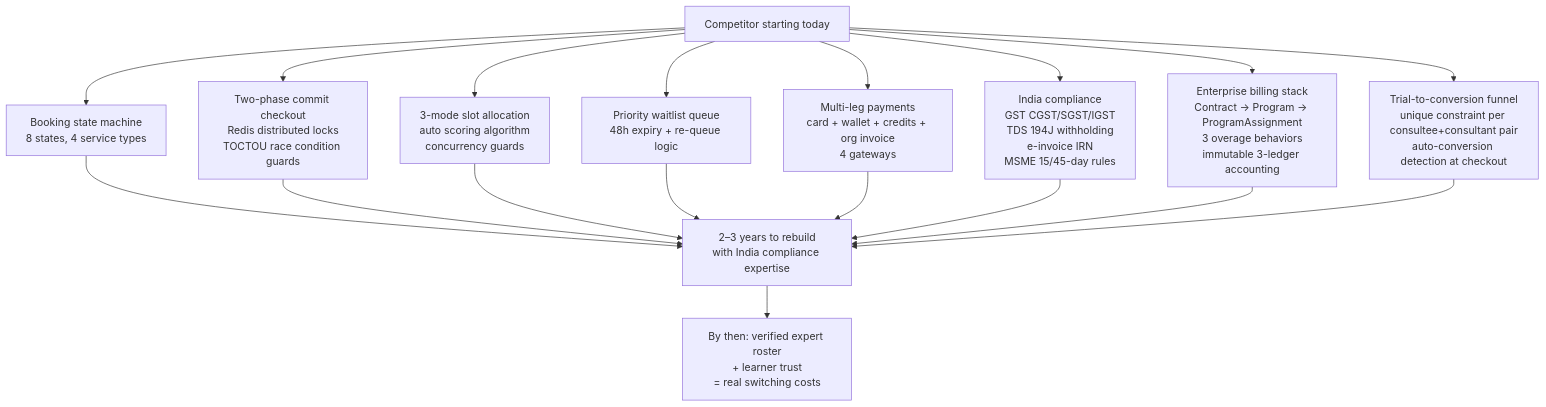
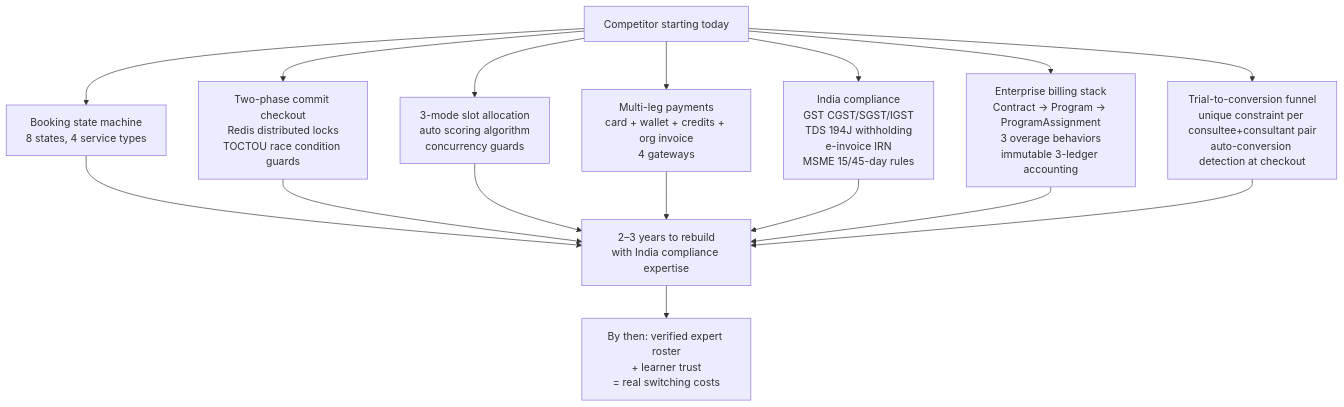
One commit to Practitionist/familiarise_web changed diagram 17 of 17 in docs/architecture/product-flow-map.md. Above: the diagram before and after it, drawn with Mermaid. The commit also changed other lines of this file and 4 other files, not shown here.

````diff
--- a/docs/architecture/product-flow-map.md
+++ b/docs/architecture/product-flow-map.md
@@ -609,14 +568,13 @@
 ```mermaid
 flowchart TD
     Competitor["Competitor starting today"] --> B1["Booking state machine\n8 states, 4 service types"]
     Competitor --> B2["Two-phase commit checkout\nRedis distributed locks\nTOCTOU race condition guards"]
     Competitor --> B3["3-mode slot allocation\nauto scoring algorithm\nconcurrency guards"]
-    Competitor --> B4["Priority waitlist queue\n48h expiry + re-queue logic"]
     Competitor --> B5["Multi-leg payments\ncard + wallet + credits + org invoice\n4 gateways"]
     Competitor --> B6["India compliance\nGST CGST/SGST/IGST\nTDS 194J withholding\ne-invoice IRN\nMSME 15/45-day rules"]
     Competitor --> B7["Enterprise billing stack\nContract → Program → ProgramAssignment\n3 overage behaviors\nimmutable 3-ledger accounting"]
     Competitor --> B8["Trial-to-conversion funnel\nunique constraint per consultee+consultant pair\nauto-conversion detection at checkout"]
 
-    B1 & B2 & B3 & B4 & B5 & B6 & B7 & B8 --> Timeline["2–3 years to rebuild\nwith India compliance expertise"]
+    B1 & B2 & B3 & B5 & B6 & B7 & B8 --> Timeline["2–3 years to rebuild\nwith India compliance expertise"]
     Timeline --> Moat["By then: verified expert roster\n+ learner trust\n= real switching costs"]
 ```
````
